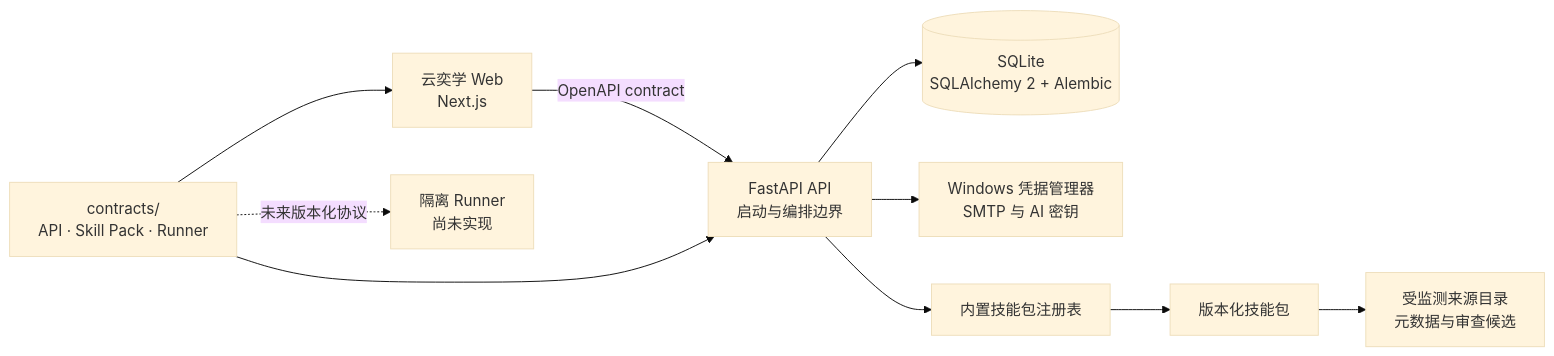
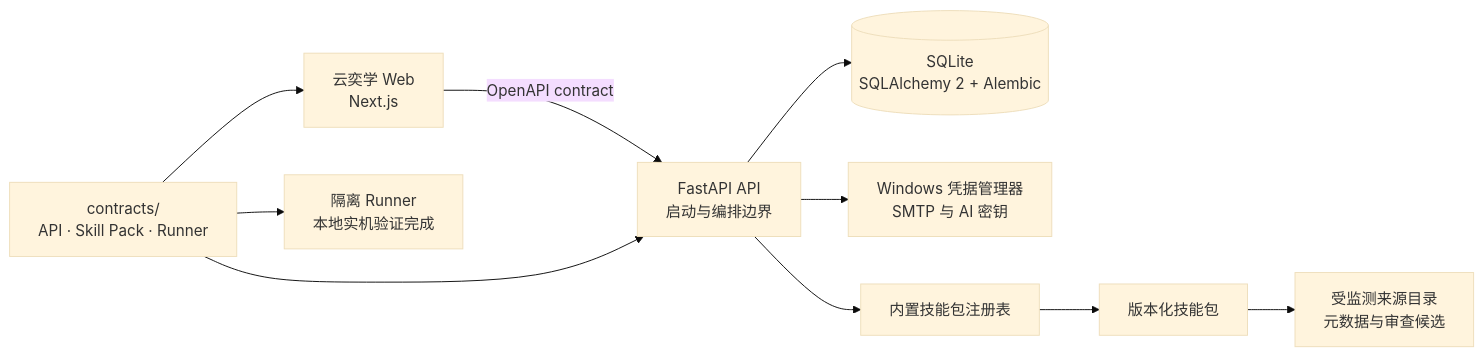
The diagram in README.md (joonas-001/cloud_study_everything), drawn with Mermaid (base theme) before and after one commit. The commit also changed other lines of this file and 58 other files, not shown here.

````diff
--- a/README.md
+++ b/README.md
@@ -66,12 +66,12 @@
 ```mermaid
 flowchart LR
     Web["云奕学 Web<br/>Next.js"] -->|OpenAPI contract| API["FastAPI API<br/>启动与编排边界"]
     API --> DB[("SQLite<br/>SQLAlchemy 2 + Alembic")]
     API --> Credentials["Windows 凭据管理器<br/>SMTP 与 AI 密钥"]
     API --> Registry["内置技能包注册表"]
     Registry --> Packs["版本化技能包"]
     Packs --> Sources["受监测来源目录<br/>元数据与审查候选"]
     Contracts["contracts/<br/>API · Skill Pack · Runner"] --> Web
     Contracts --> API
-    Contracts -.未来版本化协议.-> Runner["隔离 Runner<br/>尚未实现"]
+    Contracts --> Runner["隔离 Runner<br/>本地实机验证完成"]
 ```
````
